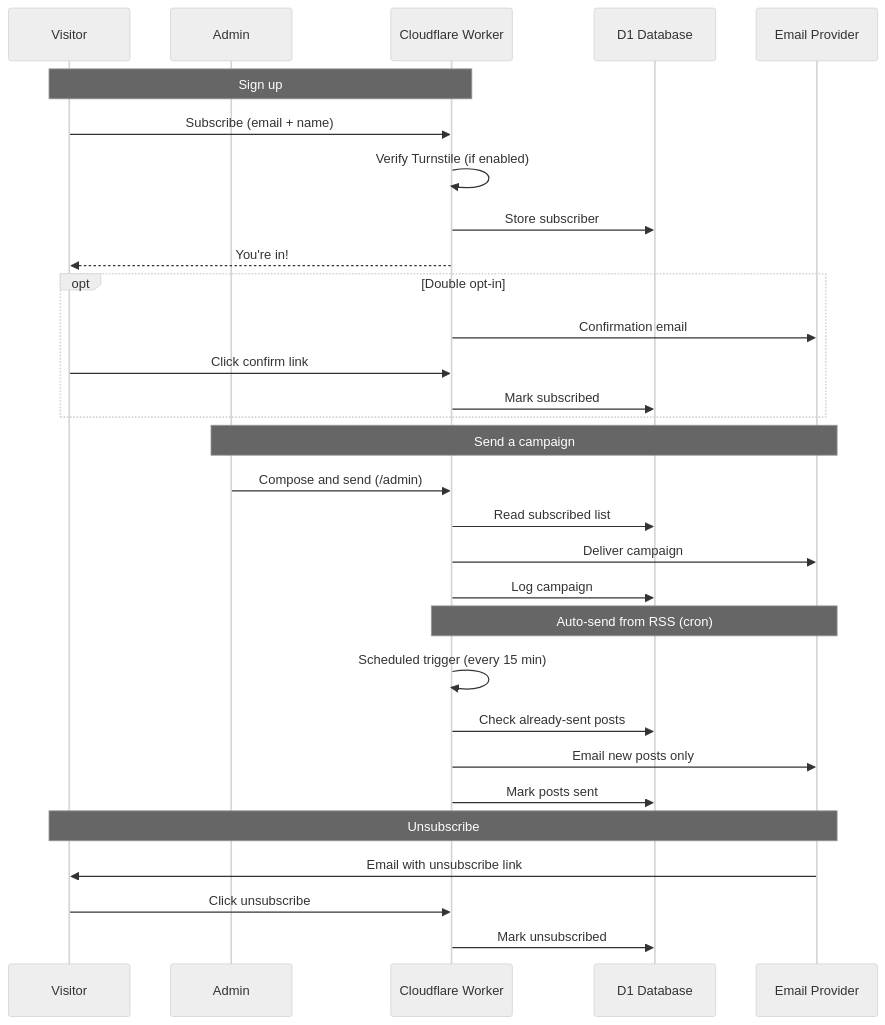
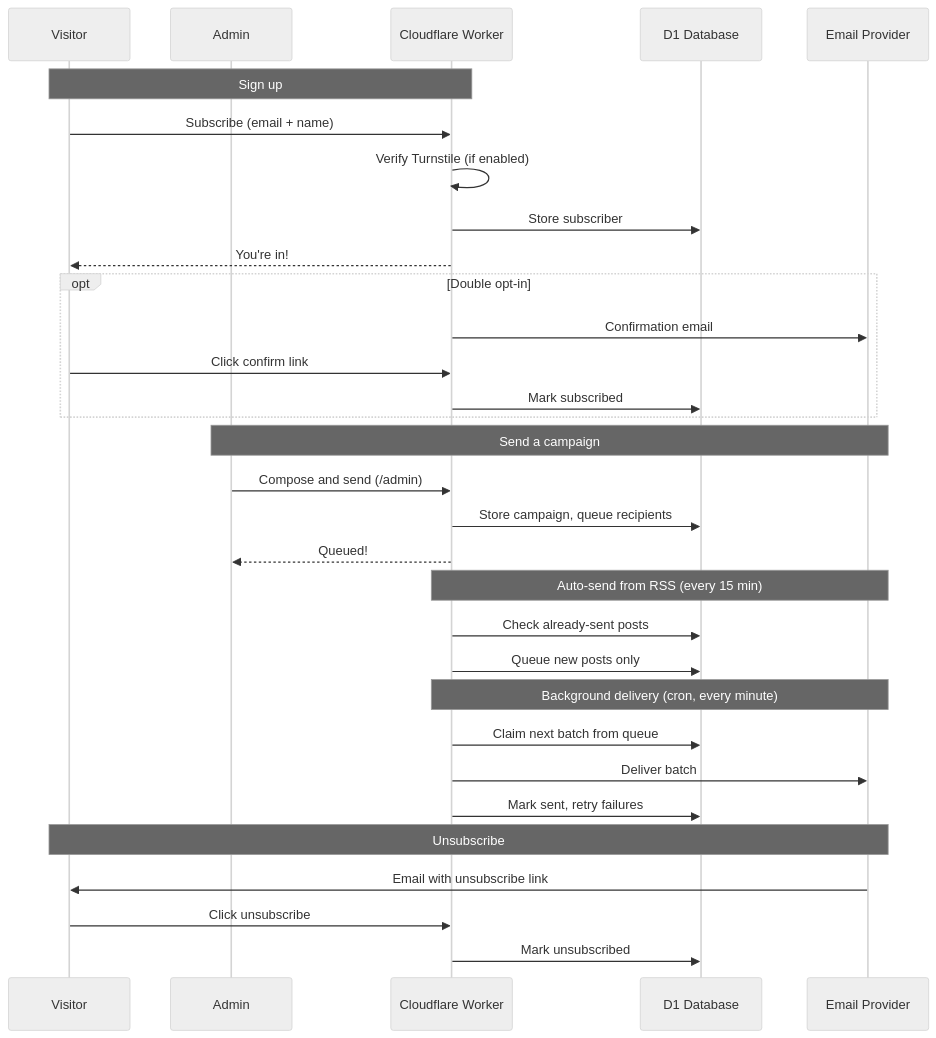
Before and after one commit to cloudflare/templates: the diagram in newsletter-template/README.md, drawn with Mermaid (neutral theme). The commit also changed other lines of this file and 7 other files, not shown here.

First line of the commit message:
Queue sends through an outbox: any list size within free-plan limits

````diff
--- a/newsletter-template/README.md
+++ b/newsletter-template/README.md
@@ -74,36 +77,38 @@
 ```mermaid
 sequenceDiagram
     participant V as Visitor
     participant A as Admin
     participant W as Cloudflare Worker
     participant DB as D1 Database
     participant EM as Email Provider
 
     Note over V,W: Sign up
     V->>W: Subscribe (email + name)
     W->>W: Verify Turnstile (if enabled)
     W->>DB: Store subscriber
     W-->>V: You're in!
     opt Double opt-in
         W->>EM: Confirmation email
         V->>W: Click confirm link
         W->>DB: Mark subscribed
     end
 
     Note over A,EM: Send a campaign
     A->>W: Compose and send (/admin)
-    W->>DB: Read subscribed list
-    W->>EM: Deliver campaign
-    W->>DB: Log campaign
+    W->>DB: Store campaign, queue recipients
+    W-->>A: Queued!
 
-    Note over W,EM: Auto-send from RSS (cron)
-    W->>W: Scheduled trigger (every 15 min)
+    Note over W,EM: Auto-send from RSS (every 15 min)
     W->>DB: Check already-sent posts
-    W->>EM: Email new posts only
-    W->>DB: Mark posts sent
+    W->>DB: Queue new posts only
+
+    Note over W,EM: Background delivery (cron, every minute)
+    W->>DB: Claim next batch from queue
+    W->>EM: Deliver batch
+    W->>DB: Mark sent, retry failures
 
     Note over V,EM: Unsubscribe
     EM->>V: Email with unsubscribe link
     V->>W: Click unsubscribe
     W->>DB: Mark unsubscribed
 ```
````
